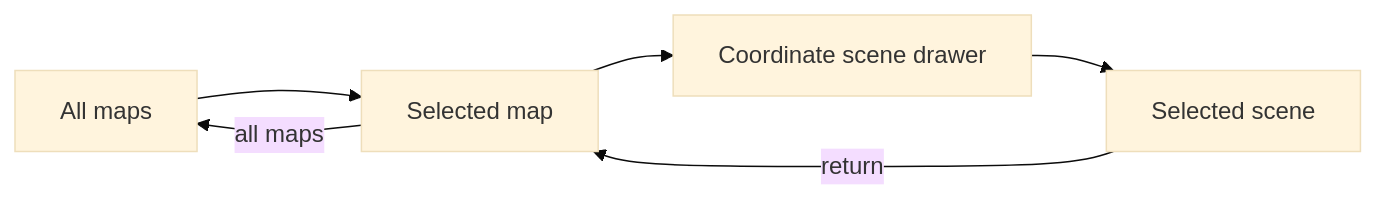
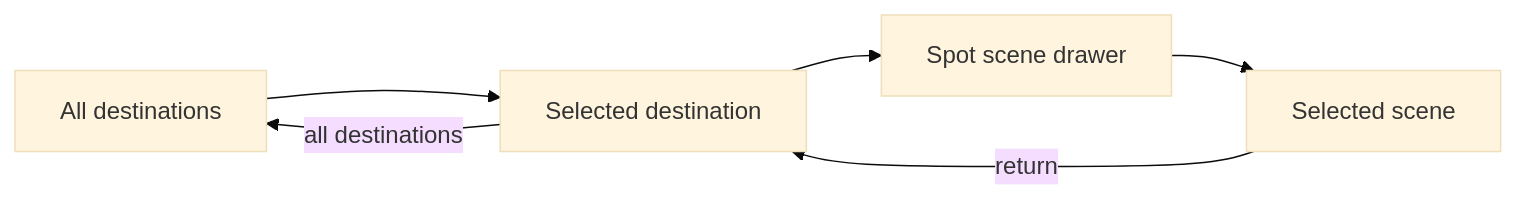
Before and after one commit to chansyawn/over-yonder: the second of 2 diagrams in docs/game-design.md, drawn with Mermaid (base theme). The commit also changed other lines of this file and 14 other files, not shown here.

First line of the commit message:
refactor: rename maps to destinations

````diff
--- a/docs/game-design.md
+++ b/docs/game-design.md
@@ -58,8 +58,8 @@
 ```mermaid
 flowchart LR
-    Maps["All maps"] --> Map["Selected map"]
-    Map --> Drawer["Coordinate scene drawer"]
+    Destinations["All destinations"] --> Destination["Selected destination"]
+    Destination --> Drawer["Spot scene drawer"]
     Drawer --> Scene["Selected scene"]
-    Scene -->|return| Map
-    Map -->|all maps| Maps
+    Scene -->|return| Destination
+    Destination -->|all destinations| Destinations
 ```
````
